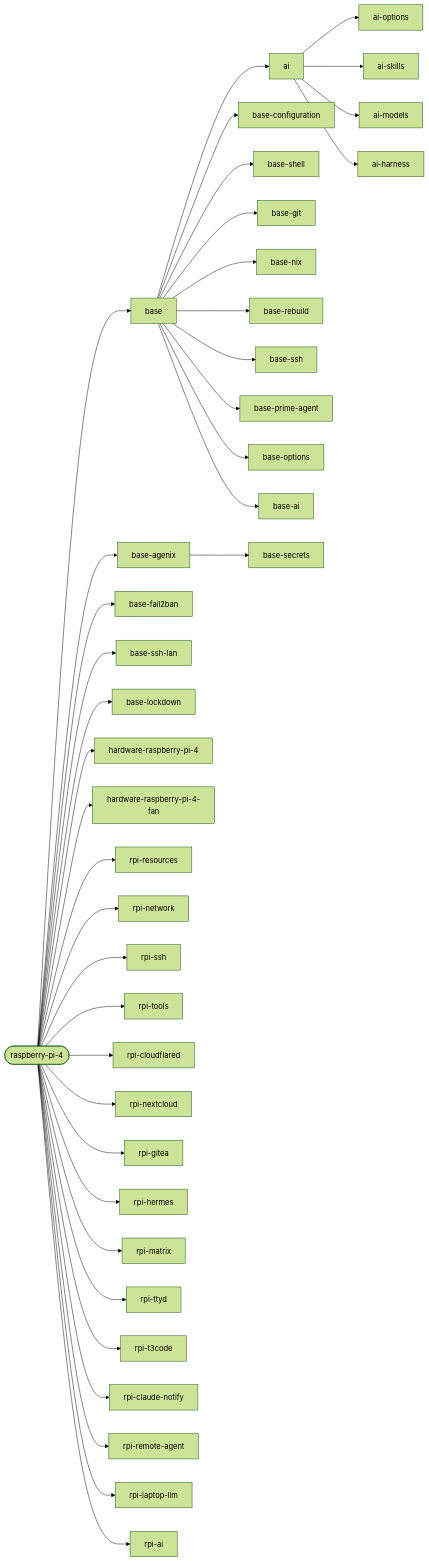
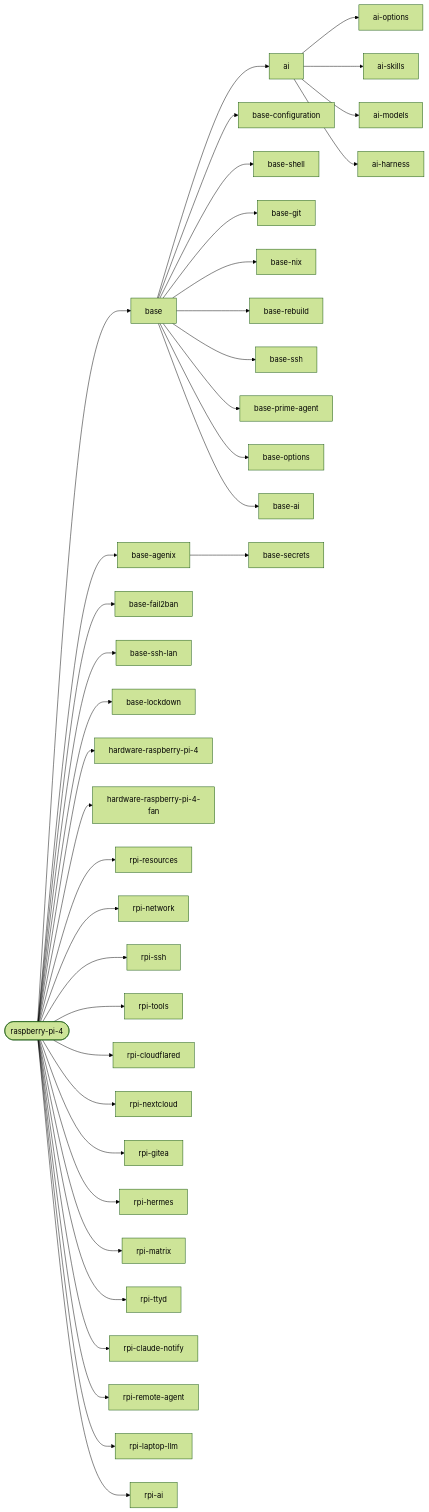
One commit to janusz-bit/nixos changed the second of 3 diagrams in docs/reference/hosts.md. Above: the diagram before and after it, drawn with Mermaid (forest theme). The commit also changed other lines of this file and 4 other files, not shown here.

First line of the commit message:
rpi: remove the t3code server

````diff
--- a/docs/reference/hosts.md
+++ b/docs/reference/hosts.md
@@ -134,41 +134,40 @@
 ```mermaid
 flowchart LR
   host_raspberry_pi_4([raspberry-pi-4])
   host_raspberry_pi_4 --> base[base]
   host_raspberry_pi_4 --> base_agenix[base-agenix]
   host_raspberry_pi_4 --> base_fail2ban[base-fail2ban]
   host_raspberry_pi_4 --> base_ssh_lan[base-ssh-lan]
   host_raspberry_pi_4 --> base_lockdown[base-lockdown]
   host_raspberry_pi_4 --> hardware_raspberry_pi_4[hardware-raspberry-pi-4]
   host_raspberry_pi_4 --> hardware_raspberry_pi_4_fan[hardware-raspberry-pi-4-fan]
   host_raspberry_pi_4 --> rpi_resources[rpi-resources]
   host_raspberry_pi_4 --> rpi_network[rpi-network]
   host_raspberry_pi_4 --> rpi_ssh[rpi-ssh]
   host_raspberry_pi_4 --> rpi_tools[rpi-tools]
   host_raspberry_pi_4 --> rpi_cloudflared[rpi-cloudflared]
   host_raspberry_pi_4 --> rpi_nextcloud[rpi-nextcloud]
   host_raspberry_pi_4 --> rpi_gitea[rpi-gitea]
   host_raspberry_pi_4 --> rpi_hermes[rpi-hermes]
   host_raspberry_pi_4 --> rpi_matrix[rpi-matrix]
   host_raspberry_pi_4 --> rpi_ttyd[rpi-ttyd]
-  host_raspberry_pi_4 --> rpi_t3code[rpi-t3code]
   host_raspberry_pi_4 --> rpi_claude_notify[rpi-claude-notify]
   host_raspberry_pi_4 --> rpi_remote_agent[rpi-remote-agent]
   host_raspberry_pi_4 --> rpi_laptop_llm[rpi-laptop-llm]
   host_raspberry_pi_4 --> rpi_ai[rpi-ai]
   ai --> ai_options[ai-options]
   ai --> ai_skills[ai-skills]
   ai --> ai_models[ai-models]
   ai --> ai_harness[ai-harness]
   base --> base_configuration[base-configuration]
   base --> base_shell[base-shell]
   base --> base_git[base-git]
   base --> base_nix[base-nix]
   base --> base_rebuild[base-rebuild]
   base --> base_ssh[base-ssh]
   base --> base_prime_agent[base-prime-agent]
   base --> base_options[base-options]
   base --> ai[ai]
   base --> base_ai[base-ai]
   base_agenix --> base_secrets[base-secrets]
 ```
````
